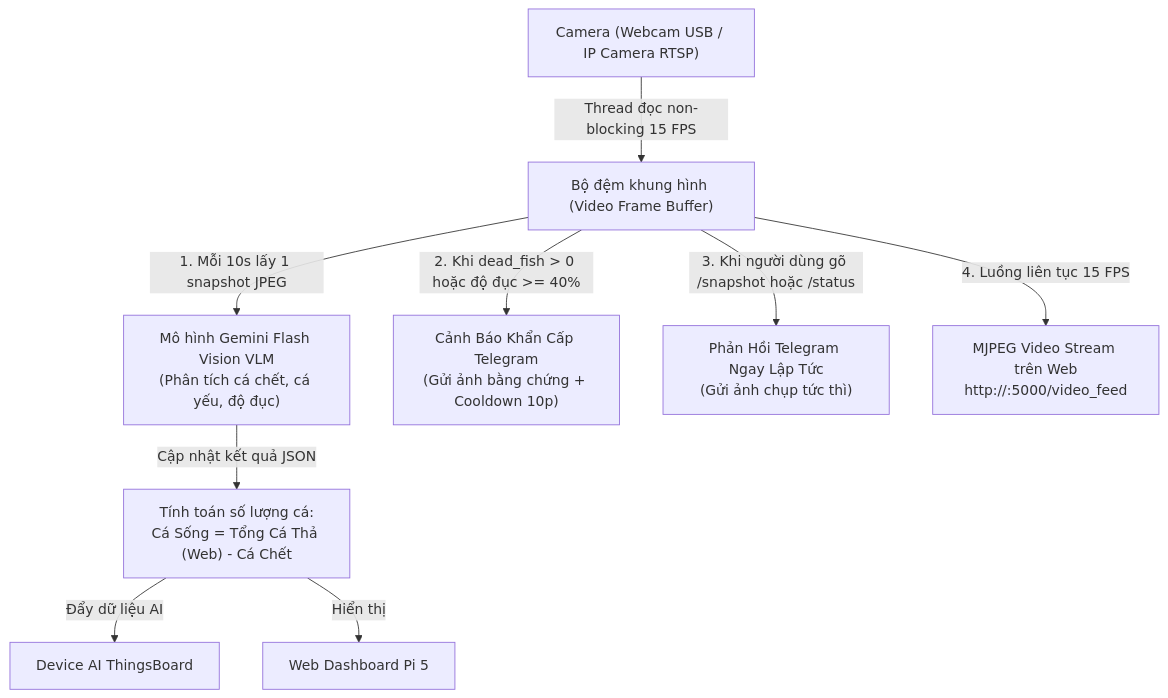
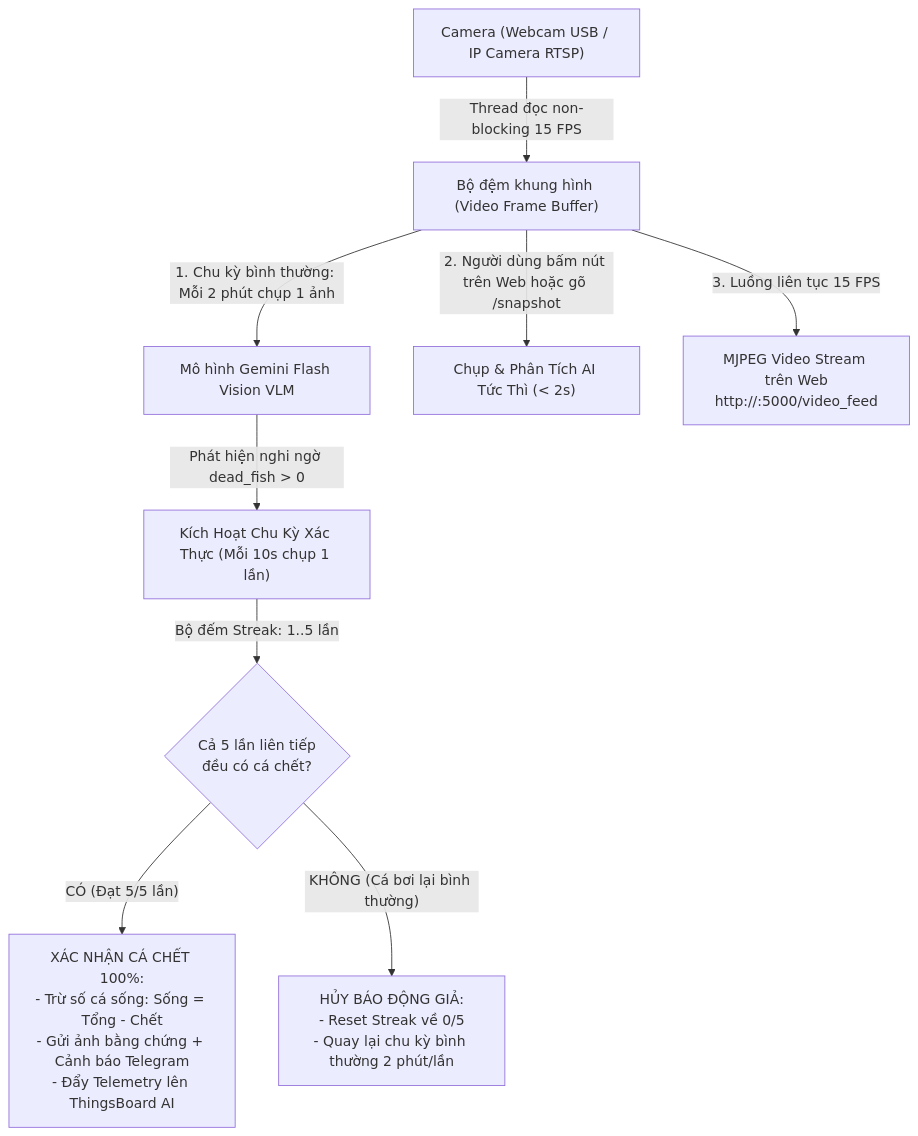
Before and after one commit to talkwitht21-stack/HE_THONG_BE_CA_SIC: the third of 3 diagrams in README.md, drawn with Mermaid. The commit also changed other lines of this file and 4 other files, not shown here.

````diff
--- a/README.md
+++ b/README.md
@@ -415,13 +415,15 @@
 ```mermaid
 graph TD
     CAM["Camera (Webcam USB / IP Camera RTSP)"] -->|"Thread đọc non-blocking 15 FPS"| BUF["Bộ đệm khung hình (Video Frame Buffer)"]
     
-    BUF -->|"1. Mỗi 10s lấy 1 snapshot JPEG"| GEMINI["Mô hình Gemini Flash Vision VLM<br/>(Phân tích cá chết, cá yếu, độ đục)"]
-    BUF -->|"2. Khi dead_fish > 0 hoặc độ đục >= 40%"| ALERT["Cảnh Báo Khẩn Cấp Telegram<br/>(Gửi ảnh bằng chứng + Cooldown 10p)"]
-    BUF -->|"3. Khi người dùng gõ /snapshot hoặc /status"| CMD["Phản Hồi Telegram Ngay Lập Tức<br/>(Gửi ảnh chụp tức thì)"]
-    BUF -->|"4. Luồng liên tục 15 FPS"| MJPEG["MJPEG Video Stream trên Web<br/>http://<ip-pi5>:5000/video_feed"]
-
-    GEMINI -->|"Cập nhật kết quả JSON"| CALC["Tính toán số lượng cá:<br/>Cá Sống = Tổng Cá Thả (Web) - Cá Chết"]
-    CALC -->|"Đẩy dữ liệu AI"| TB["Device AI ThingsBoard"]
-    CALC -->|"Hiển thị"| WEB["Web Dashboard Pi 5"]
+    BUF -->|"1. Chu kỳ bình thường: Mỗi 2 phút chụp 1 ảnh"| GEMINI["Mô hình Gemini Flash Vision VLM"]
+    
+    GEMINI -->|"Phát hiện nghi ngờ dead_fish > 0"| VERIFY["Kích Hoạt Chu Kỳ Xác Thực (Mỗi 10s chụp 1 lần)"]
+    VERIFY -->|"Bộ đếm Streak: 1..5 lần"| CHECK{"Cả 5 lần liên tiếp<br/>đều có cá chết?"}
+    
+    CHECK -->|"CÓ (Đạt 5/5 lần)"| CONFIRM["XÁC NHẬN CÁ CHẾT 100%:<br/>- Trừ số cá sống: Sống = Tổng - Chết<br/>- Gửi ảnh bằng chứng + Cảnh báo Telegram<br/>- Đẩy Telemetry lên ThingsBoard AI"]
+    CHECK -->|"KHÔNG (Cá bơi lại bình thường)"| RESET["HỦY BÁO ĐỘNG GIẢ:<br/>- Reset Streak về 0/5<br/>- Quay lại chu kỳ bình thường 2 phút/lần"]
+    
+    BUF -->|"2. Người dùng bấm nút trên Web hoặc gõ /snapshot"| INSTANT["Chụp & Phân Tích AI Tức Thì (< 2s)"]
+    BUF -->|"3. Luồng liên tục 15 FPS"| MJPEG["MJPEG Video Stream trên Web<br/>http://<ip-pi5>:5000/video_feed"]
 ```
````
